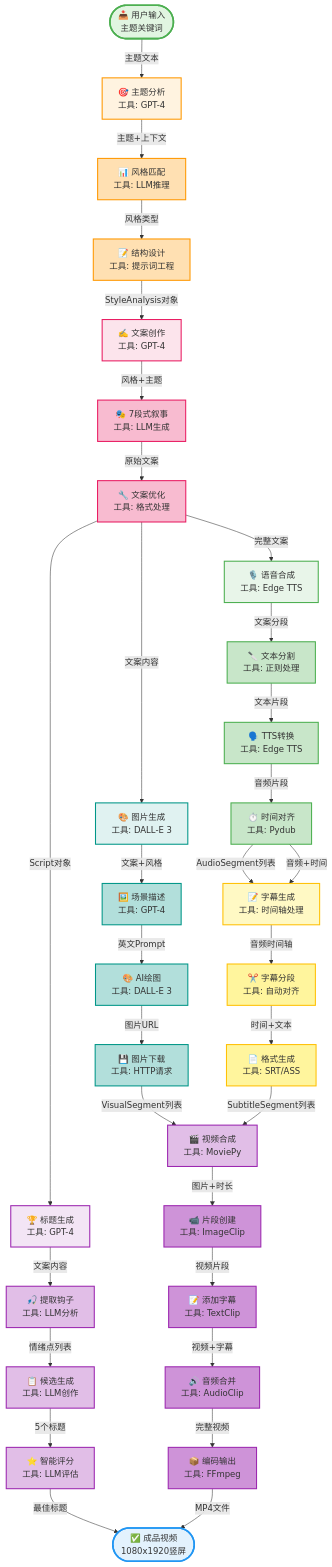
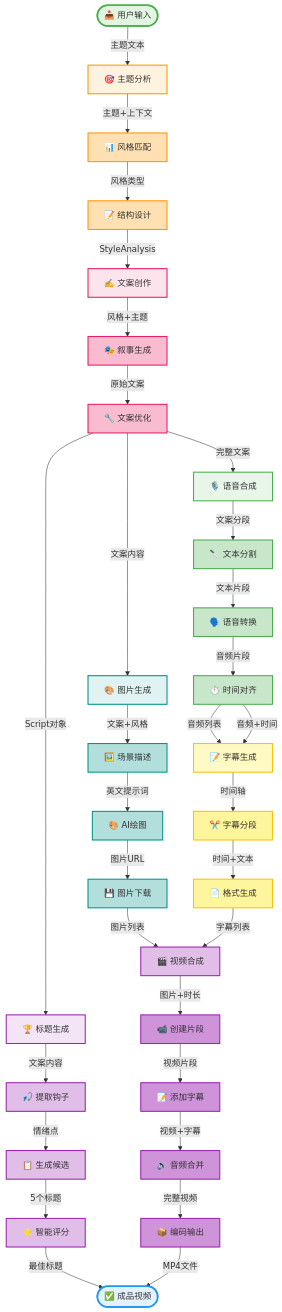
One commit to DavidShuai-J/claudecode_research changed the diagram in auto-short-video-generator/README.md. Above: the diagram before and after it, drawn with Mermaid. The commit also changed other lines of this file and 1 other file, not shown here.

Commit message:
refactor: 优化流程图节点格式，简化至10字以内
- 移除节点内的"工具: xxx"描述行，提升可读性
- 所有任务名称精简至4-5个汉字（远低于10字限制）
- 保留emoji图标和数据流标注
- 新增执行工具映射表，统一展示各模块使用的工具
- 同步更新README.md和WORKFLOW_DIAGRAM.md

节点格式变更示例：
- 优化前: [🎯 主题分析<br/>工具: GPT-4]
- 优化后: [🎯 主题分析]

🤖 Generated with [Claude Code](https://claude.com/claude-code)

````diff
--- a/auto-short-video-generator/README.md
+++ b/auto-short-video-generator/README.md
@@ -9,77 +9,77 @@
 ```mermaid
 flowchart TD
-    Start([📥 用户输入<br/>主题关键词]) -->|主题文本| A[🎯 主题分析<br/>工具: GPT-4]
+    Start([📥 用户输入]) -->|主题文本| A[🎯 主题分析]
 
-    A -->|主题+上下文| A1[📊 风格匹配<br/>工具: LLM推理]
-    A1 -->|风格类型| A2[📝 结构设计<br/>工具: 提示词工程]
-    A2 -->|StyleAnalysis对象| B[✍️ 文案创作<br/>工具: GPT-4]
+    A -->|主题+上下文| A1[📊 风格匹配]
+    A1 -->|风格类型| A2[📝 结构设计]
+    A2 -->|StyleAnalysis| B[✍️ 文案创作]
 
-    B -->|风格+主题| B1[🎭 7段式叙事<br/>工具: LLM生成]
-    B1 -->|原始文案| B2[🔧 文案优化<br/>工具: 格式处理]
-    B2 -->|Script对象| C[🏆 标题生成<br/>工具: GPT-4]
+    B -->|风格+主题| B1[🎭 叙事生成]
+    B1 -->|原始文案| B2[🔧 文案优化]
+    B2 -->|Script对象| C[🏆 标题生成]
 
-    B2 -->|完整文案| D[🎙️ 语音合成<br/>工具: Edge TTS]
-    B2 -->|文案内容| E[🎨 图片生成<br/>工具: DALL-E 3]
+    B2 -->|完整文案| D[🎙️ 语音合成]
+    B2 -->|文案内容| E[🎨 图片生成]
 
-    C -->|文案内容| C1[🎣 提取钩子<br/>工具: LLM分析]
-    C1 -->|情绪点列表| C2[📋 候选生成<br/>工具: LLM创作]
-    C2 -->|5个标题| C3[⭐ 智能评分<br/>工具: LLM评估]
+    C -->|文案内容| C1[🎣 提取钩子]
+    C1 -->|情绪点| C2[📋 生成候选]
+    C2 -->|5个标题| C3[⭐ 智能评分]
     C3 -->|最佳标题| End
 
-    D -->|文案分段| D1[🔪 文本分割<br/>工具: 正则处理]
-    D1 -->|文本片段| D2[🗣️ TTS转换<br/>工具: Edge TTS]
-    D2 -->|音频片段| D3[⏱️ 时间对齐<br/>工具: Pydub]
-    D3 -->|AudioSegment列表| F[📝 字幕生成<br/>工具: 时间轴处理]
+    D -->|文案分段| D1[🔪 文本分割]
+    D1 -->|文本片段| D2[🗣️ 语音转换]
+    D2 -->|音频片段| D3[⏱️ 时间对齐]
+    D3 -->|音频列表| F[📝 字幕生成]
 
-    E -->|文案+风格| E1[🖼️ 场景描述<br/>工具: GPT-4]
-    E1 -->|英文Prompt| E2[🎨 AI绘图<br/>工具: DALL-E 3]
-    E2 -->|图片URL| E3[💾 图片下载<br/>工具: HTTP请求]
-    E3 -->|VisualSegment列表| G
+    E -->|文案+风格| E1[🖼️ 场景描述]
+    E1 -->|英文提示词| E2[🎨 AI绘图]
+    E2 -->|图片URL| E3[💾 图片下载]
+    E3 -->|图片列表| G
 
     D3 -->|音频+时间| F
-    F -->|音频时间轴| F1[✂️ 字幕分段<br/>工具: 自动对齐]
-    F1 -->|时间+文本| F2[📄 格式生成<br/>工具: SRT/ASS]
-    F2 -->|SubtitleSegment列表| G
+    F -->|时间轴| F1[✂️ 字幕分段]
+    F1 -->|时间+文本| F2[📄 格式生成]
+    F2 -->|字幕列表| G
 
-    G[🎬 视频合成<br/>工具: MoviePy] -->|图片+时长| G1[📹 片段创建<br/>工具: ImageClip]
-    G1 -->|视频片段| G2[📝 添加字幕<br/>工具: TextClip]
-    G2 -->|视频+字幕| G3[🔊 音频合并<br/>工具: AudioClip]
-    G3 -->|完整视频| G4[📦 编码输出<br/>工具: FFmpeg]
-    G4 -->|MP4文件| End([✅ 成品视频<br/>1080x1920竖屏])
+    G[🎬 视频合成] -->|图片+时长| G1[📹 创建片段]
+    G1 -->|视频片段| G2[📝 添加字幕]
+    G2 -->|视频+字幕| G3[🔊 音频合并]
+    G3 -->|完整视频| G4[📦 编码输出]
+    G4 -->|MP4文件| End([✅ 成品视频])
 
     style Start fill:#e1f5e1,stroke:#4caf50,stroke-width:3px
     style End fill:#e3f2fd,stroke:#2196f3,stroke-width:3px
 
     style A fill:#fff3e0,stroke:#ff9800,stroke-width:2px
     style A1 fill:#ffe0b2,stroke:#ff9800,stroke-width:2px
     style A2 fill:#ffe0b2,stroke:#ff9800,stroke-width:2px
 
     style B fill:#fce4ec,stroke:#e91e63,stroke-width:2px
     style B1 fill:#f8bbd0,stroke:#e91e63,stroke-width:2px
     style B2 fill:#f8bbd0,stroke:#e91e63,stroke-width:2px
 
     style C fill:#f3e5f5,stroke:#9c27b0,stroke-width:2px
     style C1 fill:#e1bee7,stroke:#9c27b0,stroke-width:2px
     style C2 fill:#e1bee7,stroke:#9c27b0,stroke-width:2px
     style C3 fill:#e1bee7,stroke:#9c27b0,stroke-width:2px
 
     style D fill:#e8f5e9,stroke:#4caf50,stroke-width:2px
     style D1 fill:#c8e6c9,stroke:#4caf50,stroke-width:2px
     style D2 fill:#c8e6c9,stroke:#4caf50,stroke-width:2px
     style D3 fill:#c8e6c9,stroke:#4caf50,stroke-width:2px
 
     style E fill:#e0f2f1,stroke:#009688,stroke-width:2px
     style E1 fill:#b2dfdb,stroke:#009688,stroke-width:2px
     style E2 fill:#b2dfdb,stroke:#009688,stroke-width:2px
     style E3 fill:#b2dfdb,stroke:#009688,stroke-width:2px
 
     style F fill:#fff9c4,stroke:#ffc107,stroke-width:2px
     style F1 fill:#fff59d,stroke:#ffc107,stroke-width:2px
     style F2 fill:#fff59d,stroke:#ffc107,stroke-width:2px
 
     style G fill:#e1bee7,stroke:#9c27b0,stroke-width:2px
     style G1 fill:#ce93d8,stroke:#9c27b0,stroke-width:2px
     style G2 fill:#ce93d8,stroke:#9c27b0,stroke-width:2px
     style G3 fill:#ce93d8,stroke:#9c27b0,stroke-width:2px
     style G4 fill:#ce93d8,stroke:#9c27b0,stroke-width:2px
 ```
````
